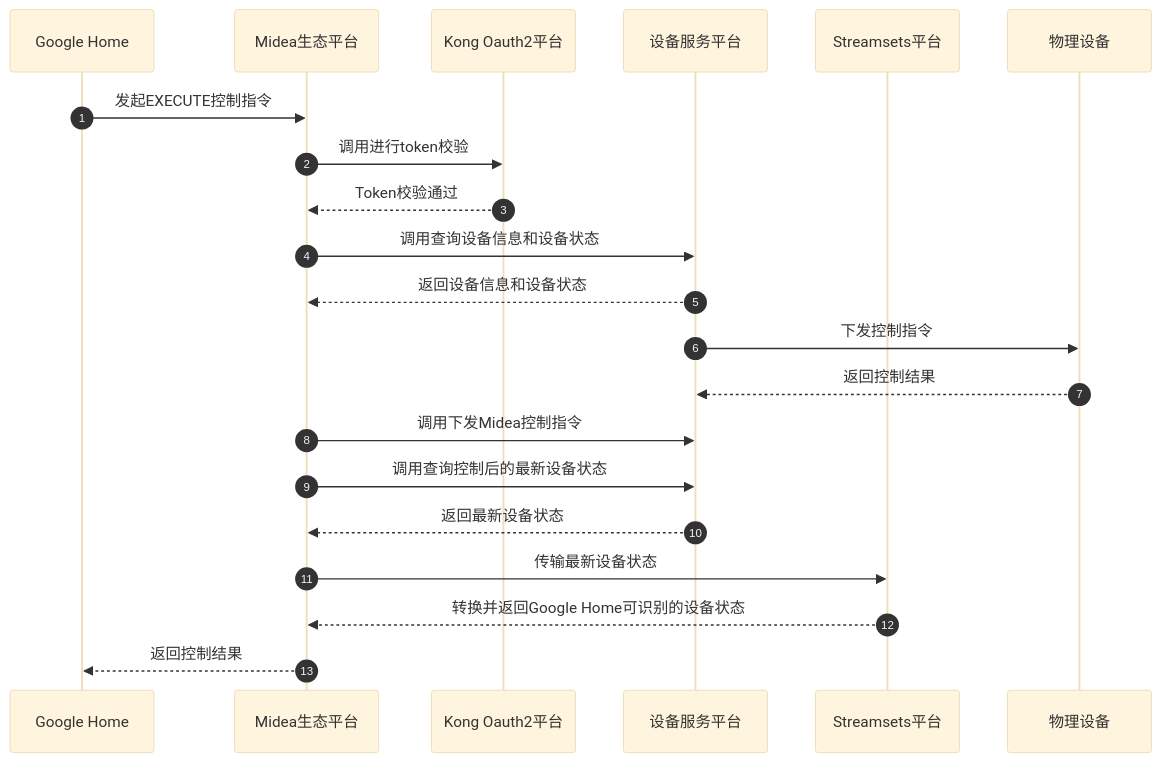
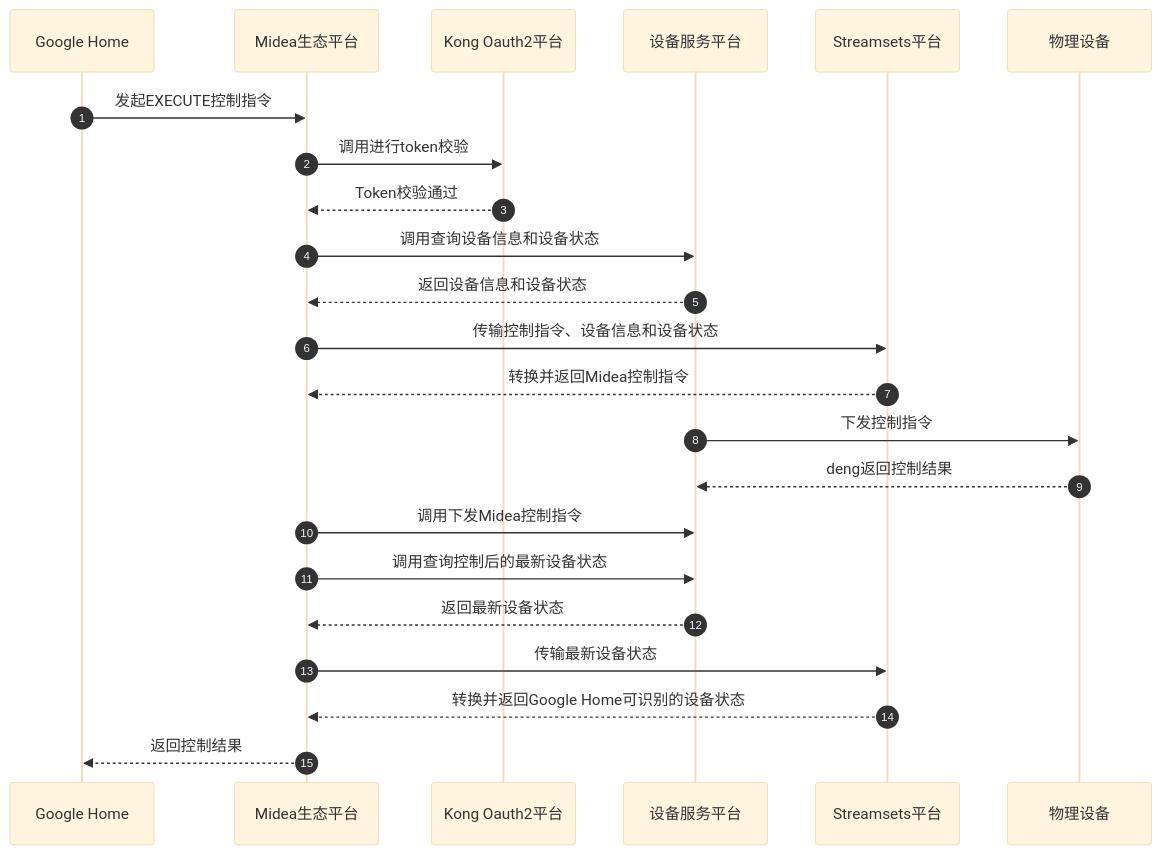
One commit to ixiaoyang8/iodraw-files changed the diagram in all/未命名-19.md. Above: the diagram before and after it, drawn with Mermaid (base theme).

Commit message:
2026-06-11 11:19:37 update

````diff
--- a/all/未命名-19.md
+++ b/all/未命名-19.md
@@ -1,26 +1,28 @@
 ```mermaid
 sequenceDiagram
     autonumber
     participant GoogleHome as Google Home
     participant MideaEco as Midea生态平台
     participant KongOAuth as Kong Oauth2平台
     participant DevService as 设备服务平台
     participant Streamsets as Streamsets平台
     participant Device as 物理设备
     
 
     GoogleHome->>MideaEco: 发起EXECUTE控制指令
     MideaEco->>KongOAuth: 调用进行token校验
     KongOAuth-->>MideaEco: Token校验通过
     MideaEco->>DevService: 调用查询设备信息和设备状态
     DevService-->>MideaEco: 返回设备信息和设备状态
+    MideaEco->>Streamsets: 传输控制指令、设备信息和设备状态
+    Streamsets-->>MideaEco: 转换并返回Midea控制指令
     DevService->>Device: 下发控制指令
-    Device-->>DevService: 返回控制结果
+    Device-->>DevService: deng返回控制结果
     MideaEco->>DevService: 调用下发Midea控制指令
     MideaEco->>DevService: 调用查询控制后的最新设备状态
     DevService-->>MideaEco: 返回最新设备状态
     MideaEco->>Streamsets: 传输最新设备状态
     Streamsets-->>MideaEco: 转换并返回Google Home可识别的设备状态
     MideaEco-->>GoogleHome: 返回控制结果
 
 ```
````
